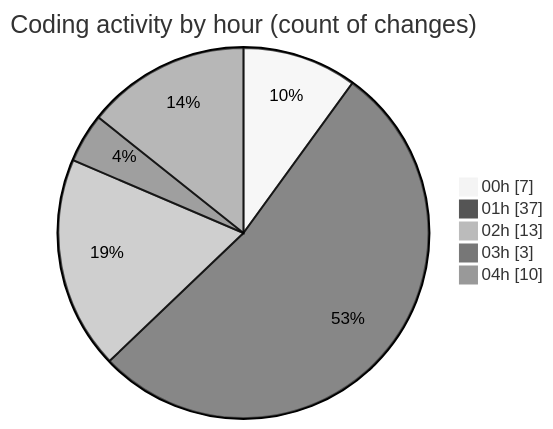
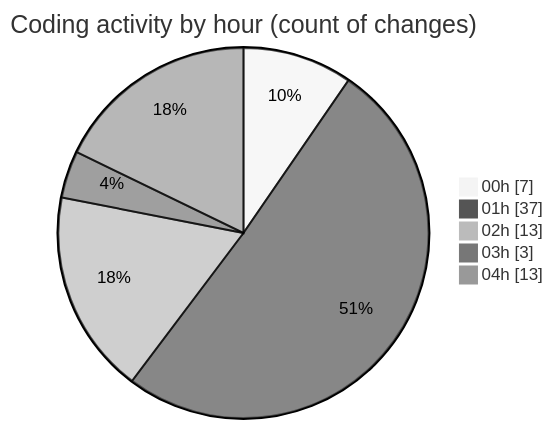
The second of 2 diagrams in 2025-02-23/micros/README.md (charlie-sans/code-tracking), drawn with Mermaid (neutral theme) before and after one commit. The commit also changed other lines of this file and 1 other file, not shown here.

````diff
--- a/2025-02-23/micros/README.md
+++ b/2025-02-23/micros/README.md
@@ -50,9 +51,9 @@
 ```mermaid
 pie showData
 title Coding activity by hour (count of changes)
 "00h" : 7
 "01h" : 37
 "02h" : 13
 "03h" : 3
-"04h" : 10
+"04h" : 13
 ```
````
